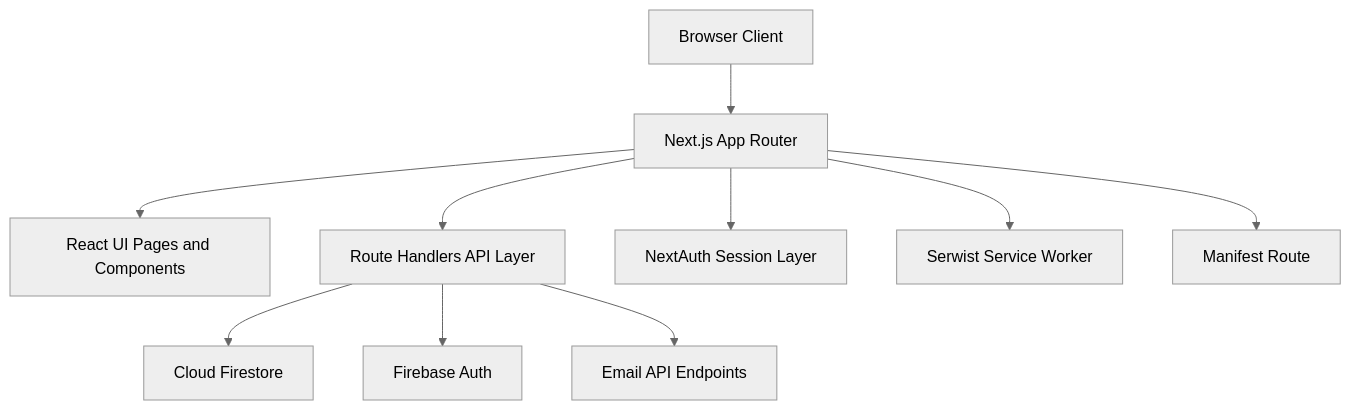
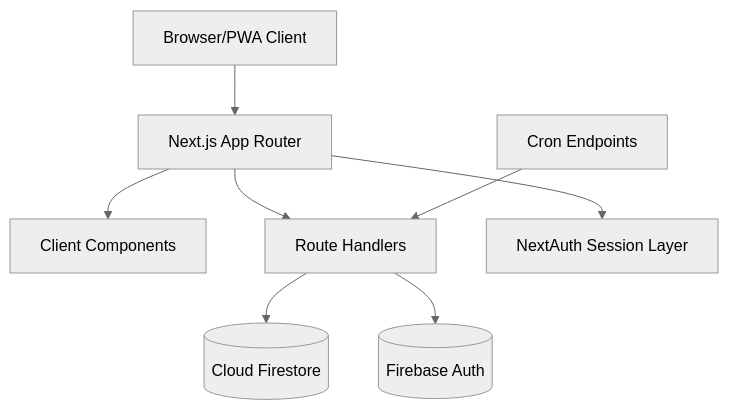
Before and after one commit to saiabhinav001/circlein-app: the diagram in README.md, drawn with Mermaid (neutral theme). The commit also changed other lines of this file, not shown here.

````diff
--- a/README.md
+++ b/README.md
@@ -77,23 +99,19 @@
 ```mermaid
 graph TD
-  Browser_Client[Browser Client]
-  Next_App_Router[Next.js App Router]
-  React_UI[React UI Pages and Components]
-  API_Layer[Route Handlers API Layer]
-  Firestore_DB[Cloud Firestore]
-  Firebase_Auth[Firebase Auth]
-  NextAuth_Sessions[NextAuth Session Layer]
-  Email_Service[Email API Endpoints]
-  Serwist_SW[Serwist Service Worker]
-  Manifest_Route[Manifest Route]
+  Browser[Browser/PWA Client]
+  Next[Next.js App Router]
+  UI[Client Components]
+  API[Route Handlers]
+  Auth[NextAuth Session Layer]
+  Firestore[(Cloud Firestore)]
+  FirebaseAuth[(Firebase Auth)]
+  Cron[Cron Endpoints]
 
-  Browser_Client --> Next_App_Router
-  Next_App_Router --> React_UI
-  Next_App_Router --> API_Layer
-  Next_App_Router --> NextAuth_Sessions
-  API_Layer --> Firestore_DB
-  API_Layer --> Firebase_Auth
-  API_Layer --> Email_Service
-  Next_App_Router --> Serwist_SW
-  Next_App_Router --> Manifest_Route
+  Browser --> Next
+  Next --> UI
+  Next --> API
+  Next --> Auth
+  API --> Firestore
+  API --> FirebaseAuth
+  Cron --> API
 ```
````
